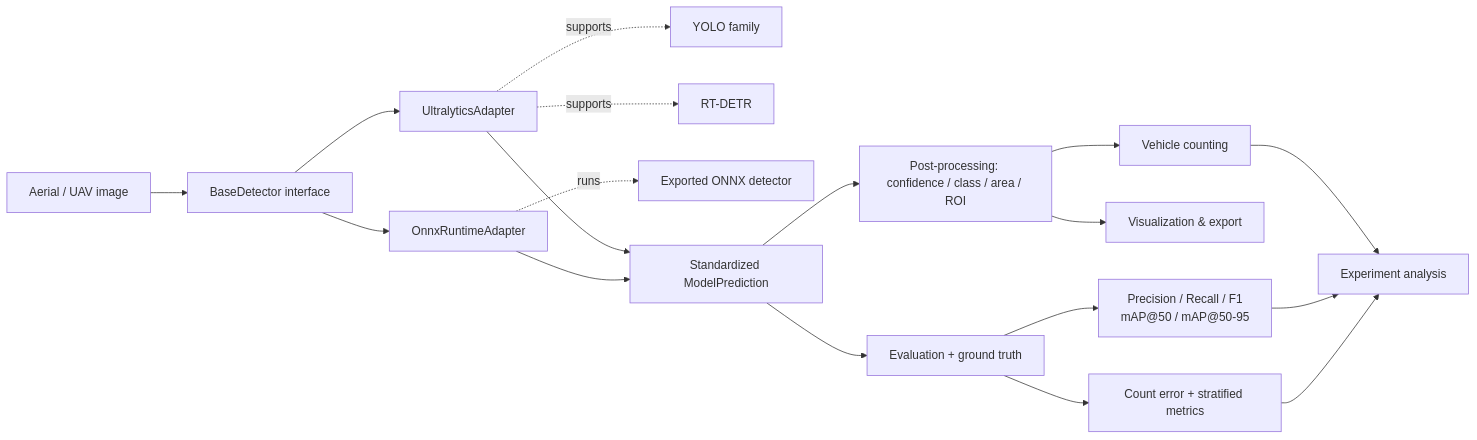
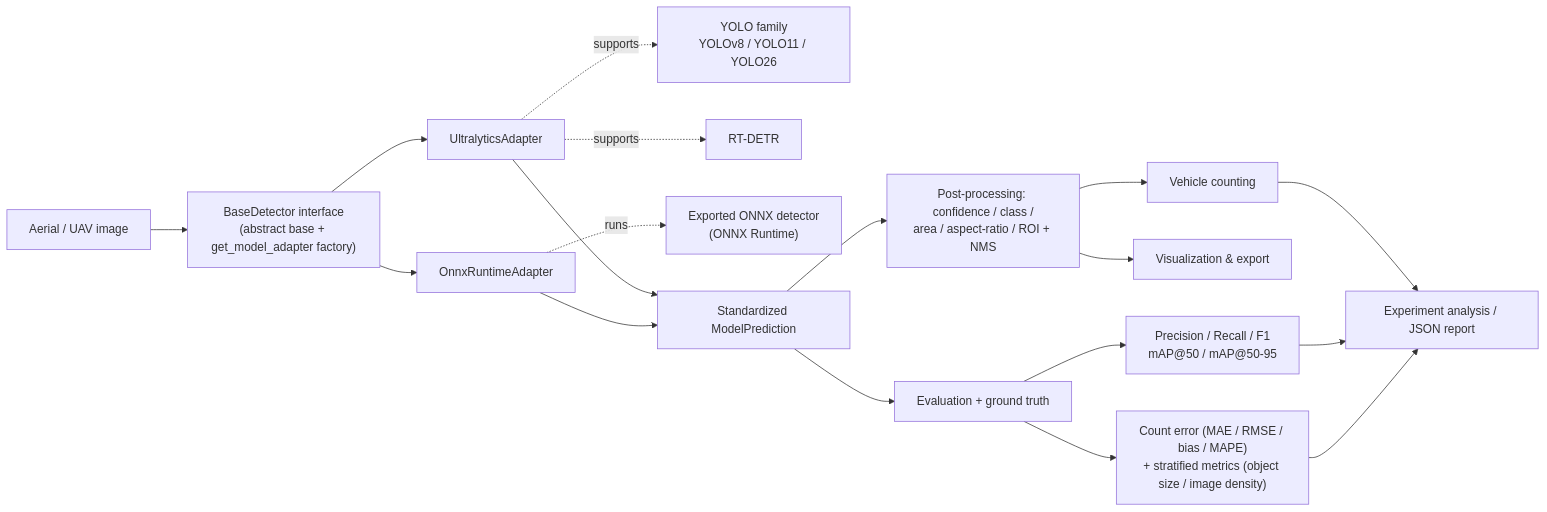
Before and after one commit to Pratyush061/AeroNetra-computervision: the first of 2 diagrams in README.md, drawn with Mermaid. The commit also changed other lines of this file, not shown here.

Commit message:
docs: correct architecture diagram (BaseDetector interface, YOLO26, aspect-ratio/NMS, metric detail)

````diff
--- a/README.md
+++ b/README.md
@@ -63,26 +63,26 @@
 ```mermaid
 flowchart LR
-    A[Aerial / UAV image] --> B[BaseDetector interface]
+    A[Aerial / UAV image] --> B["BaseDetector interface<br/>(abstract base + get_model_adapter factory)"]
 
     B --> U[UltralyticsAdapter]
     B --> O[OnnxRuntimeAdapter]
 
-    U -. supports .-> Y[YOLO family]
-    U -. supports .-> R[RT-DETR]
-    O -. runs .-> X[Exported ONNX detector]
+    U -. supports .-> Y["YOLO family<br/>YOLOv8 / YOLO11 / YOLO26"]
+    U -. supports .-> R["RT-DETR"]
+    O -. runs .-> X["Exported ONNX detector<br/>(ONNX Runtime)"]
 
     U --> C[Standardized ModelPrediction]
     O --> C
 
-    C --> P["Post-processing: confidence / class / area / ROI"]
+    C --> P["Post-processing: confidence / class /<br/>area / aspect-ratio / ROI + NMS"]
     P --> E[Vehicle counting]
     P --> V[Visualization & export]
 
     C --> G[Evaluation + ground truth]
     G --> M["Precision / Recall / F1<br/>mAP@50 / mAP@50-95"]
-    G --> K["Count error + stratified metrics"]
+    G --> K["Count error (MAE / RMSE / bias / MAPE)<br/>+ stratified metrics (object size / image density)"]
 
-    E --> A2[Experiment analysis]
+    E --> A2["Experiment analysis / JSON report"]
     M --> A2
     K --> A2
 ```
````
